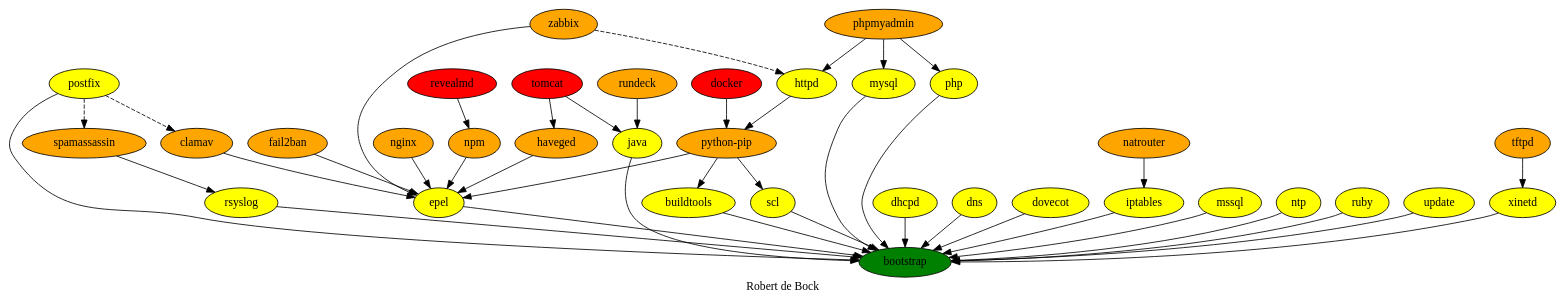
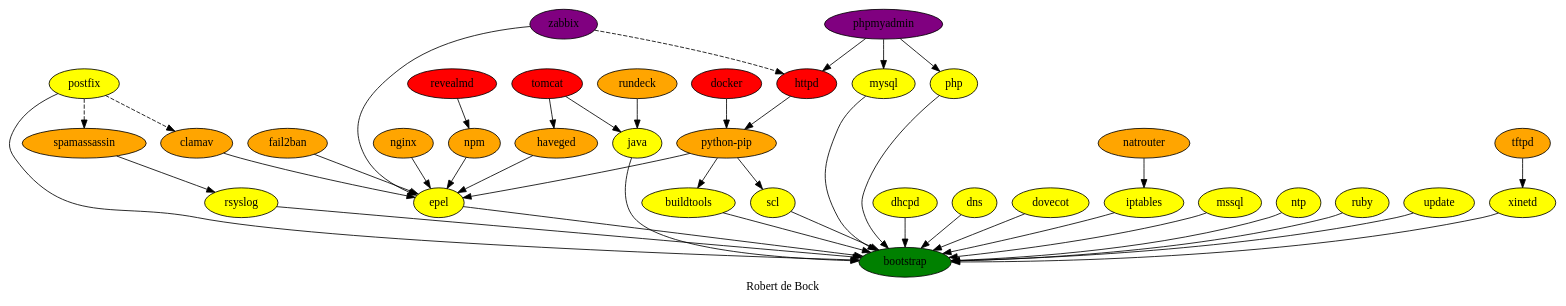
One commit to robertdebock/robertdebock.github.io changed the diagram in dependencies.dot. Above: the diagram before and after it, drawn with Graphviz.

Commit message:
Update dependencies.dot
Correcting colors.

```diff
--- a/dependencies.dot
+++ b/dependencies.dot
@@ -1,52 +1,52 @@
 digraph hierarchy {
   label = "Robert de Bock" ;
   {
     bootstrap [fillcolor=green style=filled]
     buildtools [fillcolor=yellow style=filled]
     clamav [fillcolor=orange style=filled]
     dhcpd [fillcolor=yellow style=filled]
     dns [fillcolor=yellow style=filled]
     docker [fillcolor=red style=filled]
     dovecot [fillcolor=yellow style=filled]
     epel [fillcolor=yellow style=filled]
     fail2ban [fillcolor=orange style=filled]
     haveged [fillcolor=orange style=filled]
-    httpd [fillcolor=yellow style=filled]
+    httpd [fillcolor=red style=filled]
     iptables [fillcolor=yellow style=filled]
     java [fillcolor=yellow style=filled]
     mssql [fillcolor=yellow style=filled]
     mysql [fillcolor=yellow style=filled]
     natrouter [fillcolor=orange style=filled]
     nginx [fillcolor=orange style=filled]
     npm [fillcolor=orange style=filled]
     ntp [fillcolor=yellow style=filled]
     php [fillcolor=yellow style=filled]
-    phpmyadmin [fillcolor=orange style=filled]
+    phpmyadmin [fillcolor=purple style=filled]
     postfix [fillcolor=yellow style=filled]
     "python-pip" [fillcolor=orange style=filled]
     revealmd [fillcolor=red style=filled]
     rsyslog [fillcolor=yellow style=filled]
     ruby [fillcolor=yellow style=filled]
     rundeck [fillcolor=orange style=filled]
     scl [fillcolor=yellow style=filled]
     spamassassin [fillcolor=orange style=filled]
     tftpd [fillcolor=orange style=filled]
     tomcat [fillcolor=red style=filled]
     update [fillcolor=yellow style=filled]
     xinetd [fillcolor=yellow style=filled]
-    zabbix [fillcolor=orange style=filled]
+    zabbix [fillcolor=purple style=filled]
   }
   {buildtools dhcpd dns dovecot epel iptables java mysql mssql ntp php postfix rsyslog ruby scl update xinetd} -> bootstrap
   {clamav fail2ban haveged nginx npm "python-pip" zabbix} -> epel
   postfix -> {spamassassin clamav} [style=dashed]
   {docker httpd} -> "python-pip"
   revealmd -> npm
   natrouter -> iptables
   tftpd -> xinetd 
   phpmyadmin -> {php httpd mysql}
   zabbix -> httpd [style=dashed]
   "python-pip" -> {buildtools scl}
   {rundeck tomcat} -> java
   tomcat -> haveged
   spamassassin -> rsyslog
 }
```
